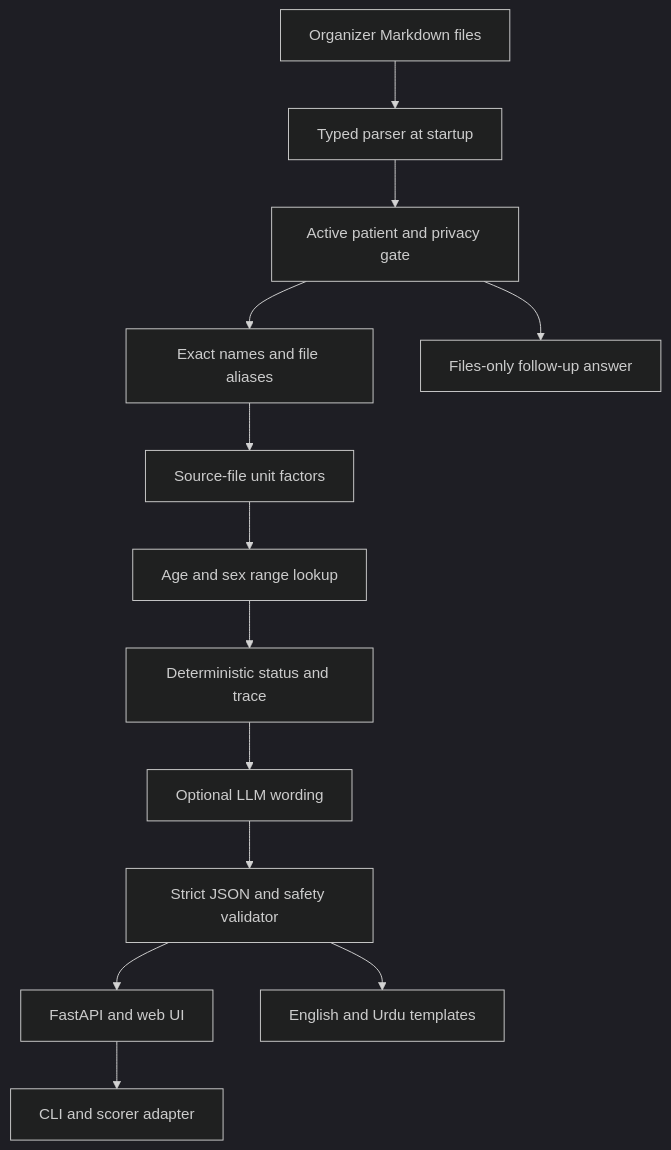
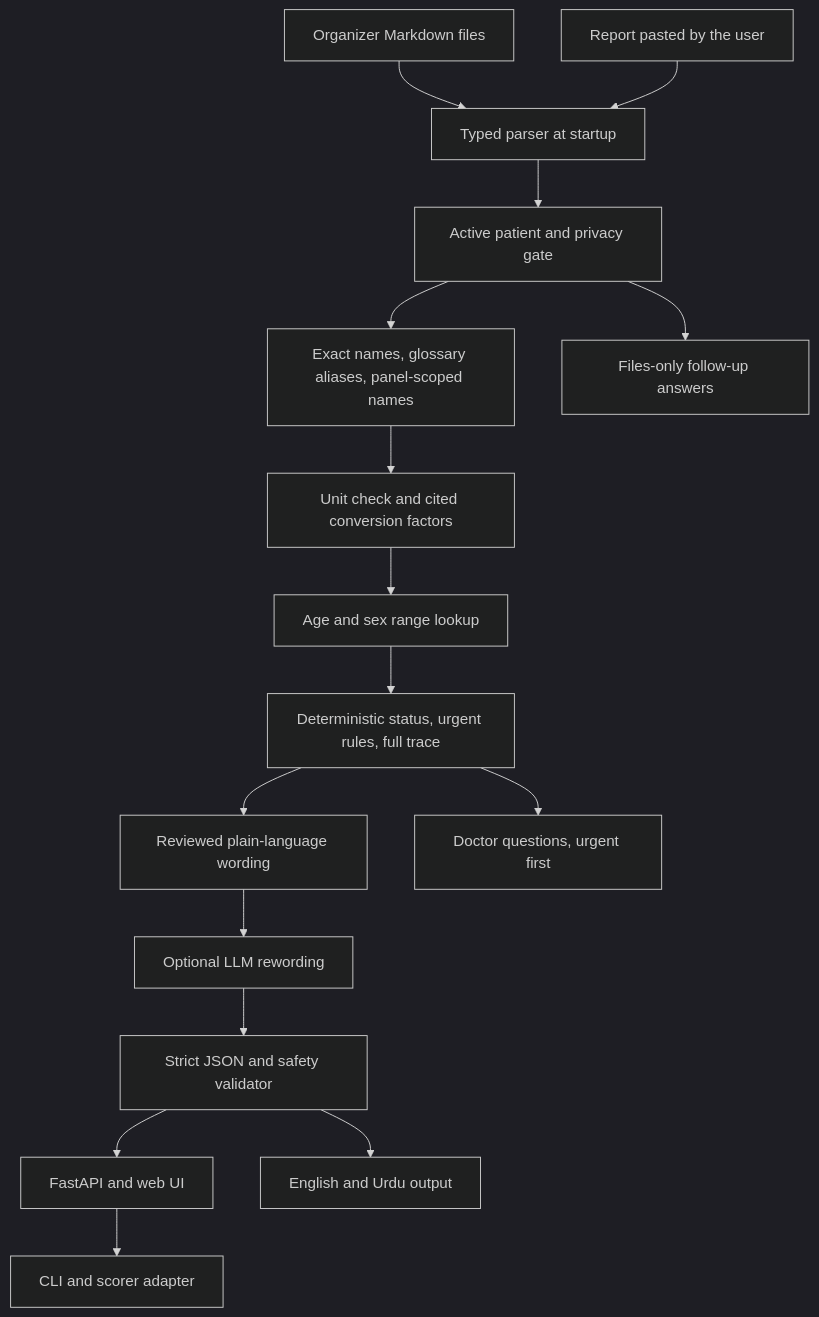
The diagram in PROJECT_README.md (HasnatKhan010/citylab-report-explainer), drawn with Mermaid (dark theme) before and after one commit. The commit also changed other lines of this file and 2 other files, not shown here.

````diff
--- a/PROJECT_README.md
+++ b/PROJECT_README.md
@@ -9,15 +18,18 @@
 ```mermaid
 flowchart TD
     A[Organizer Markdown files] --> B[Typed parser at startup]
+    P[Report pasted by the user] --> B
     B --> C[Active patient and privacy gate]
-    C --> D[Exact names and file aliases]
-    D --> E[Source-file unit factors]
+    C --> D[Exact names, glossary aliases, panel-scoped names]
+    D --> E[Unit check and cited conversion factors]
     E --> F[Age and sex range lookup]
-    F --> G[Deterministic status and trace]
-    G --> H[Optional LLM wording]
-    H --> I[Strict JSON and safety validator]
-    I --> J[FastAPI and web UI]
-    I --> K[English and Urdu templates]
-    C --> L[Files-only follow-up answer]
-    J --> M[CLI and scorer adapter]
+    F --> G[Deterministic status, urgent rules, full trace]
+    G --> H[Reviewed plain-language wording]
+    H --> I[Optional LLM rewording]
+    I --> J[Strict JSON and safety validator]
+    J --> K[FastAPI and web UI]
+    J --> L[English and Urdu output]
+    G --> M[Doctor questions, urgent first]
+    C --> N[Files-only follow-up answers]
+    K --> O[CLI and scorer adapter]
 ```
````
